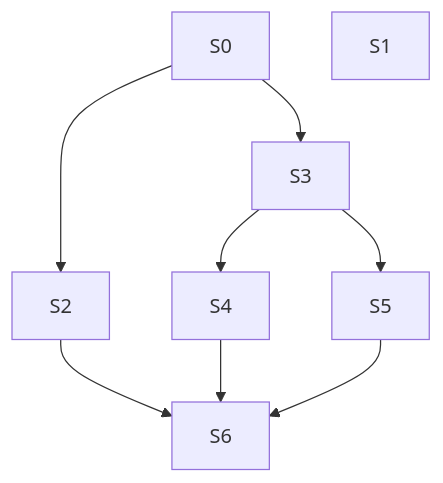
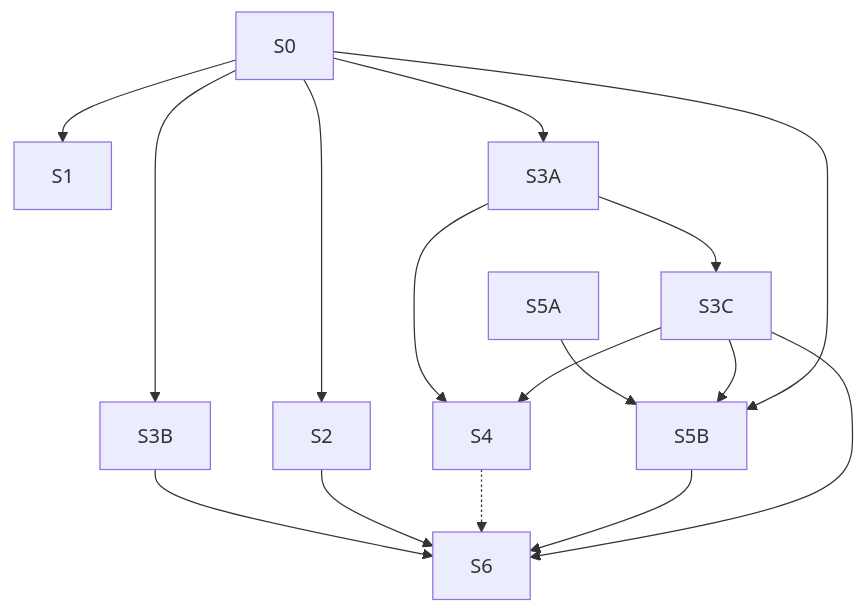
The diagram in td/TD53-AGENT-FIRST-DOCS-ROUTING-AND-INTEGRITY.md (lmmoreira/ikaro), drawn with Mermaid before and after one commit. The commit also changed other lines of this file, not shown here.

````diff
--- a/td/TD53-AGENT-FIRST-DOCS-ROUTING-AND-INTEGRITY.md
+++ b/td/TD53-AGENT-FIRST-DOCS-ROUTING-AND-INTEGRITY.md
@@ -55,11 +67,18 @@
 ```mermaid
 graph TD
+  S0 --> S1
   S0 --> S2
-  S0 --> S3
-  S3 --> S4
-  S3 --> S5
-  S1
+  S0 --> S3A
+  S0 --> S3B
+  S3A --> S3C
+  S3A --> S4
+  S3C --> S4
+  S5A --> S5B
+  S3C --> S5B
+  S0 --> S5B
+  S3B --> S6
   S2 --> S6
-  S4 --> S6
-  S5 --> S6
+  S4 -.-> S6
+  S5B --> S6
+  S3C --> S6
 ```
````
